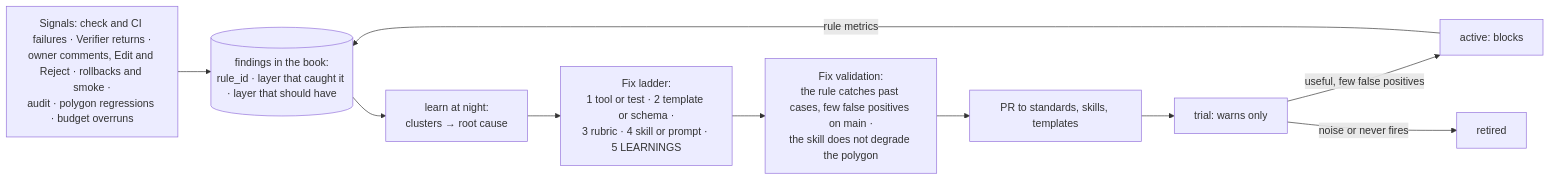
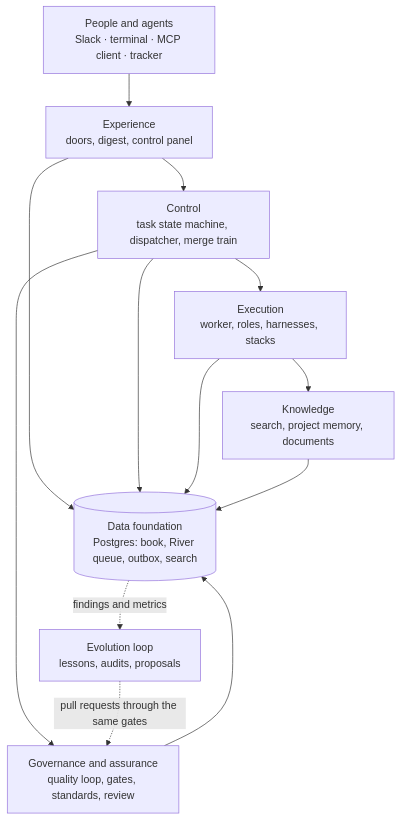
Before and after one commit to IlyaChakun/nightshift: the diagram in docs/design.md, drawn with Mermaid. The commit also changed other lines of this file and 21 other files, not shown here.

````diff
--- a/docs/design.md
+++ b/docs/design.md
@@ -578,17 +16,18 @@
 ```mermaid
-flowchart LR
-  sig["Signals: check and CI failures · Verifier returns ·<br/>owner comments, Edit and Reject · rollbacks and smoke ·<br/>audit · polygon regressions · budget overruns"]
-  fnd[("findings in the book:<br/>rule_id · layer that caught it · layer that should have")]
-  learn["learn at night:<br/>clusters → root cause"]
-  lad["Fix ladder:<br/>1 tool or test · 2 template or schema ·<br/>3 rubric · 4 skill or prompt · 5 LEARNINGS"]
-  val["Fix validation:<br/>the rule catches past cases, few false positives on main ·<br/>the skill does not degrade the polygon"]
-  pr["PR to standards, skills, templates"]
-  trial["trial: warns only"]
-  act["active: blocks"]
-  ret["retired"]
-
-  sig --> fnd --> learn --> lad --> val --> pr --> trial
-  trial -->|"useful, few false positives"| act
-  trial -->|"noise or never fires"| ret
-  act -->|"rule metrics"| fnd
+flowchart TB
+  people["People and agents<br/>Slack · terminal · MCP client · tracker"]
+  exp["Experience<br/>doors, digest, control panel"]
+  ctl["Control<br/>task state machine, dispatcher, merge train"]
+  exe["Execution<br/>worker, roles, harnesses, stacks"]
+  kno["Knowledge<br/>search, project memory, documents"]
+  asr["Governance and assurance<br/>quality loop, gates, standards, review"]
+  data[("Data foundation<br/>Postgres: book, River queue, outbox, search")]
+  evo["Evolution loop<br/>lessons, audits, proposals"]
+  people --> exp --> ctl
+  ctl --> exe
+  ctl --> asr
+  exe --> kno
+  exp & ctl & exe & kno & asr --> data
+  data -. findings and metrics .-> evo
+  evo -. pull requests through the same gates .-> asr
 ```
````
